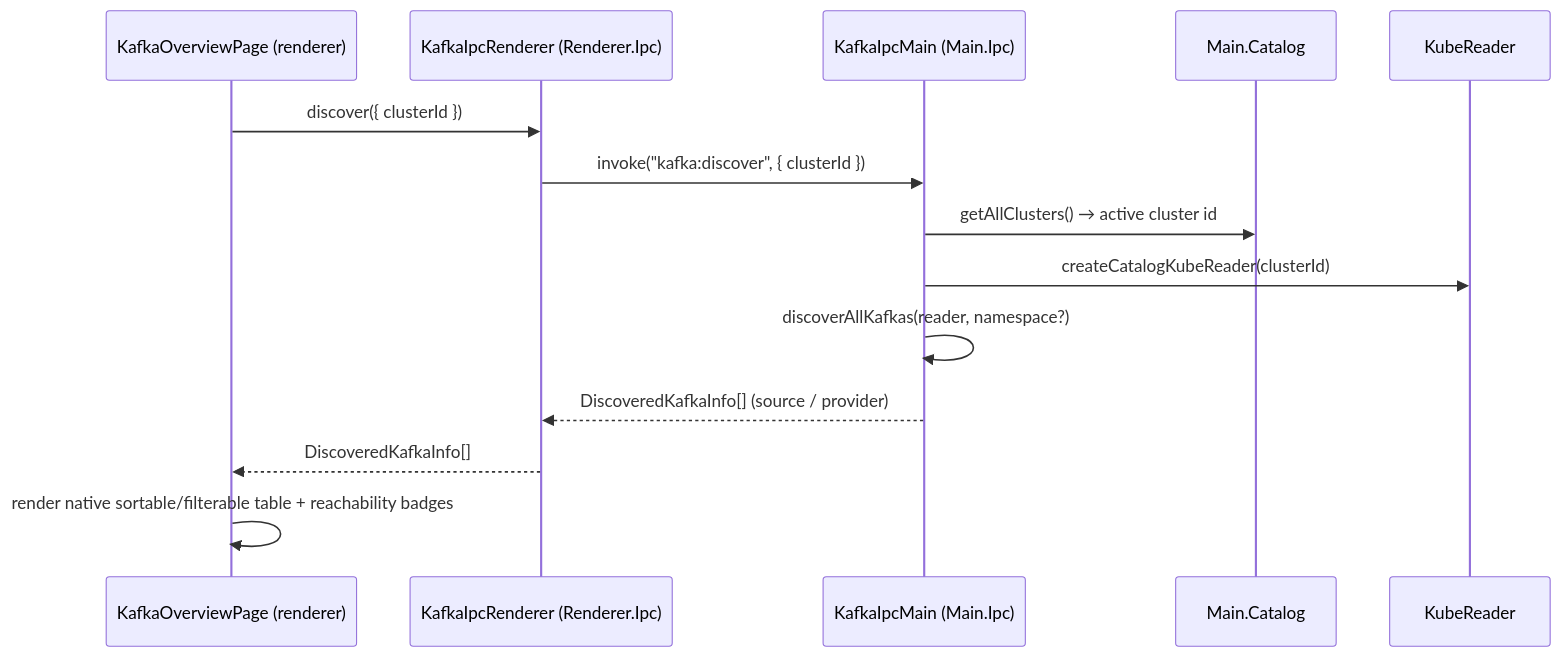
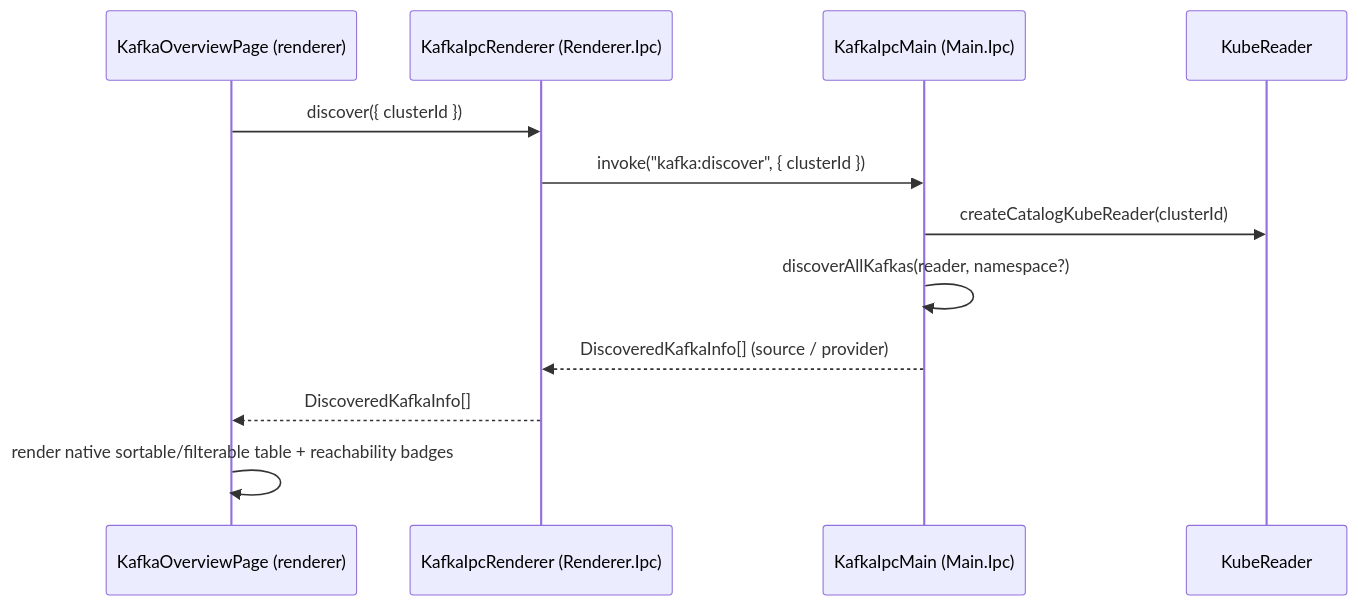
Before and after one commit to freelensapp/freelens-kafka-extension: the first of 2 diagrams in docs/overview-ui.md, drawn with Mermaid. The commit also changed other lines of this file and 200 other files, not shown here.

````diff
--- a/docs/overview-ui.md
+++ b/docs/overview-ui.md
@@ -10,17 +10,15 @@
 ```mermaid
 sequenceDiagram
     participant Page as KafkaOverviewPage (renderer)
     participant Ipc as KafkaIpcRenderer (Renderer.Ipc)
     participant Main as KafkaIpcMain (Main.Ipc)
-    participant Cat as Main.Catalog
     participant Reader as KubeReader
 
     Page->>Ipc: discover({ clusterId })
     Ipc->>Main: invoke("kafka:discover", { clusterId })
-    Main->>Cat: getAllClusters() → active cluster id
     Main->>Reader: createCatalogKubeReader(clusterId)
     Main->>Main: discoverAllKafkas(reader, namespace?)
     Main-->>Ipc: DiscoveredKafkaInfo[] (source / provider)
     Ipc-->>Page: DiscoveredKafkaInfo[]
     Page->>Page: render native sortable/filterable table + reachability badges
 ```
````
